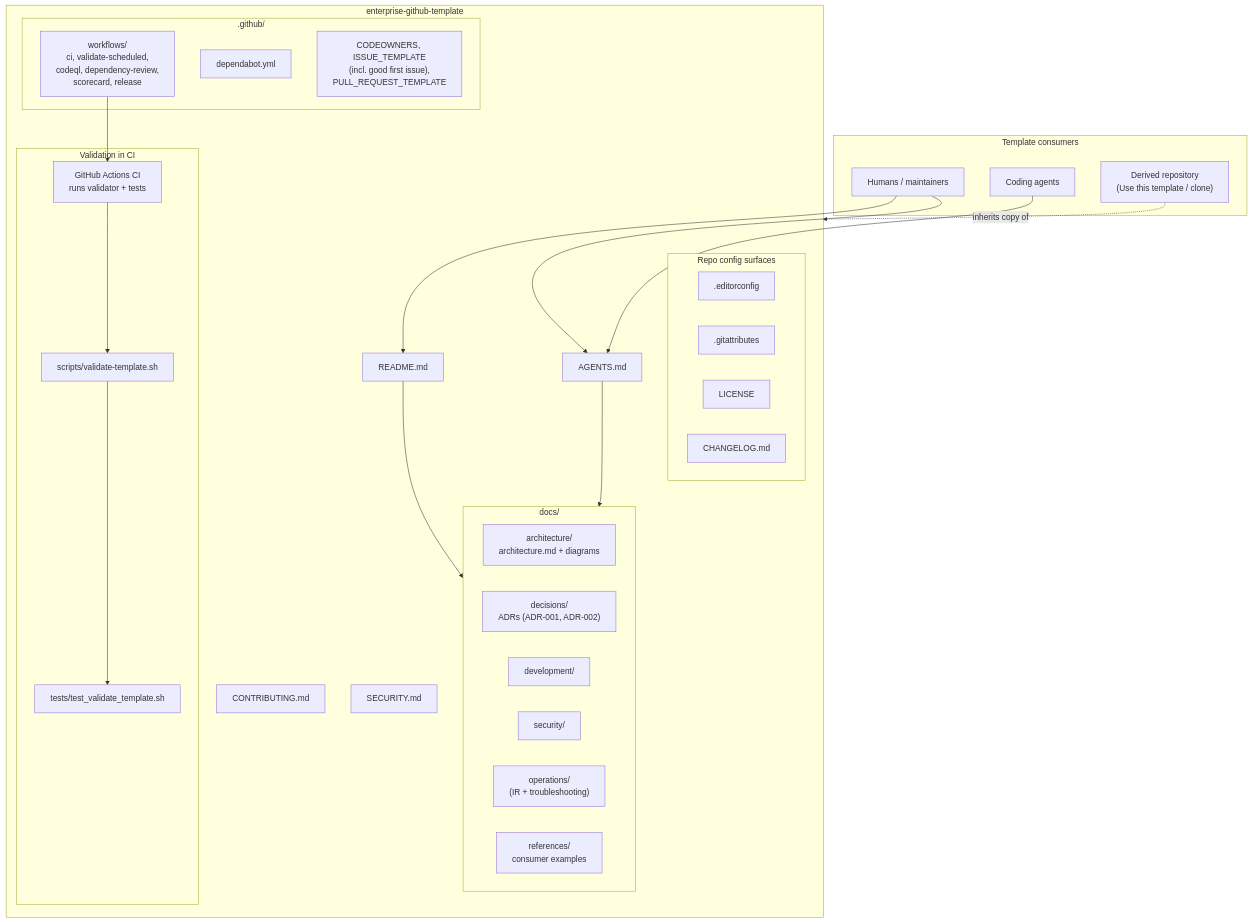
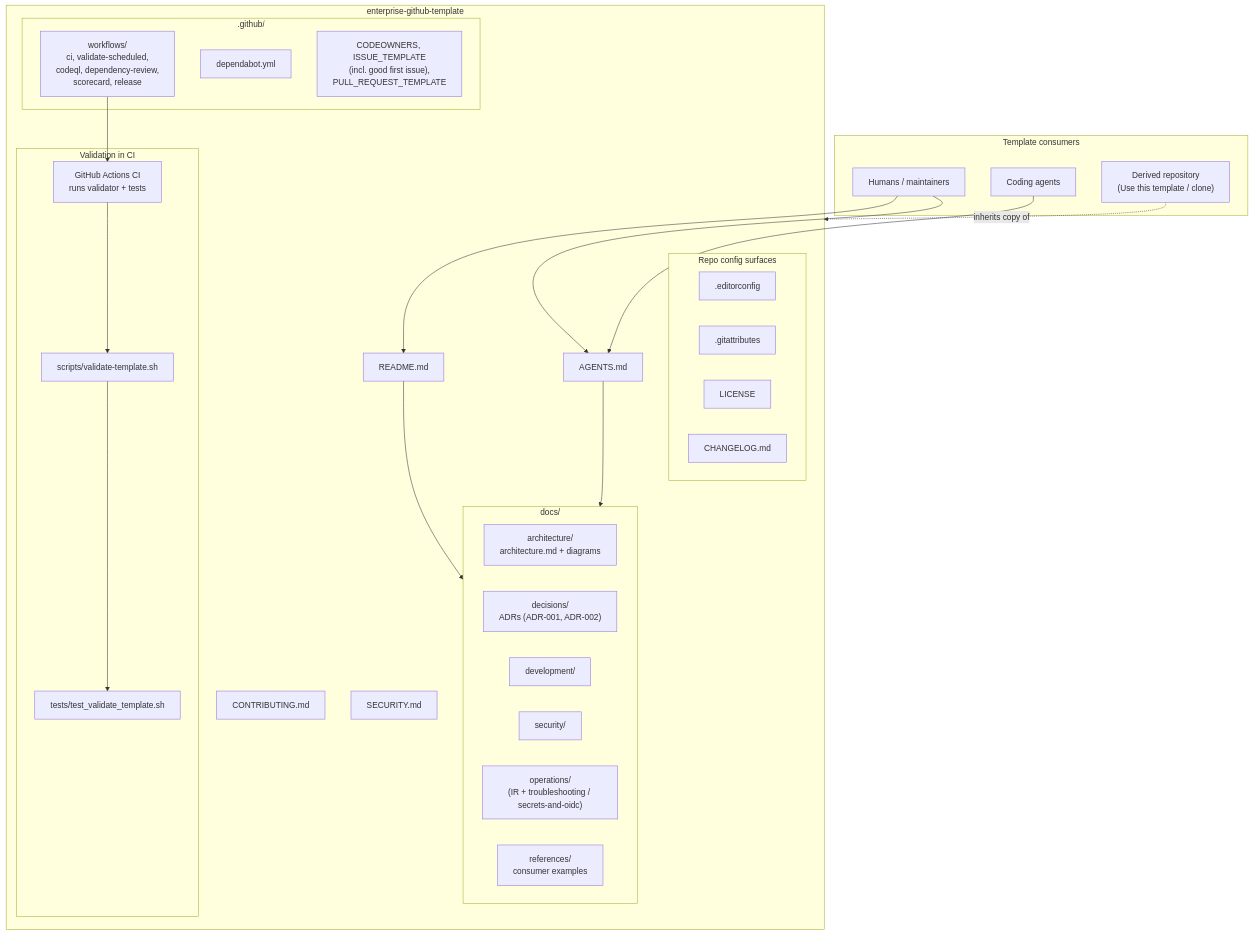
Before and after one commit to rmkr-dev/enterprise-github-template: the diagram in docs/architecture/architecture-diagram.md, drawn with Mermaid. The commit also changed 2 other files, not shown here.

Commit message:
docs: link secrets/OIDC from architecture docs (#58)
* docs: link secrets/OIDC hygiene from architecture surfaces

Keep credential guidance discoverable next to architecture docs.

* docs: note architecture secrets/OIDC links in CHANGELOG

````diff
--- a/docs/architecture/architecture-diagram.md
+++ b/docs/architecture/architecture-diagram.md
@@ -5,53 +5,53 @@
 ```mermaid
 flowchart TB
   subgraph consumers["Template consumers"]
     Human["Humans / maintainers"]
     Agents["Coding agents"]
     Derived["Derived repository<br/>(Use this template / clone)"]
   end
 
   subgraph template["enterprise-github-template"]
     README["README.md"]
     AGENTS["AGENTS.md"]
     Contrib["CONTRIBUTING.md"]
     SecRoot["SECURITY.md"]
 
     subgraph docs["docs/"]
       Arch["architecture/<br/>architecture.md + diagrams"]
       Dec["decisions/<br/>ADRs (ADR-001, ADR-002)"]
       Dev["development/"]
       Sec["security/"]
-      Ops["operations/<br/>(IR + troubleshooting)"]
+      Ops["operations/<br/>(IR + troubleshooting / secrets-and-oidc)"]
       Refs["references/<br/>consumer examples"]
     end
 
     subgraph github[".github/"]
       WF["workflows/<br/>ci, validate-scheduled,<br/>codeql, dependency-review,<br/>scorecard, release"]
       Dep["dependabot.yml"]
       Hygiene["CODEOWNERS, ISSUE_TEMPLATE<br/>(incl. good first issue),<br/>PULL_REQUEST_TEMPLATE"]
     end
 
     subgraph tooling["Validation in CI"]
       Script["scripts/validate-template.sh"]
       Tests["tests/test_validate_template.sh"]
       Actions["GitHub Actions CI<br/>runs validator + tests"]
     end
 
     subgraph config["Repo config surfaces"]
       Editor[".editorconfig"]
       GitAttr[".gitattributes"]
       License["LICENSE"]
       Changelog["CHANGELOG.md"]
     end
   end
 
   Human --> README
   Agents --> AGENTS
   Human --> AGENTS
   README --> docs
   AGENTS --> docs
   WF --> Actions
   Actions --> Script
   Script --> Tests
   Derived -.->|"inherits copy of"| template
 ```
````
